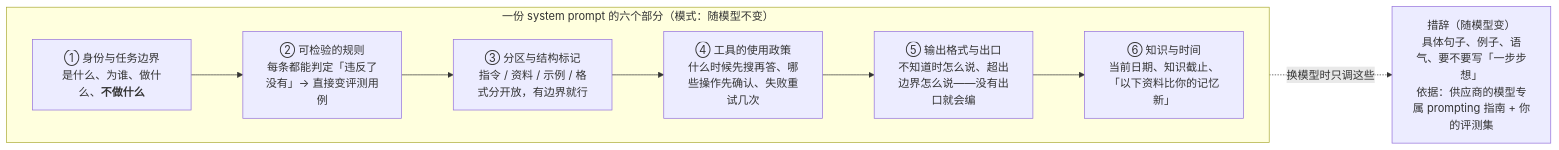
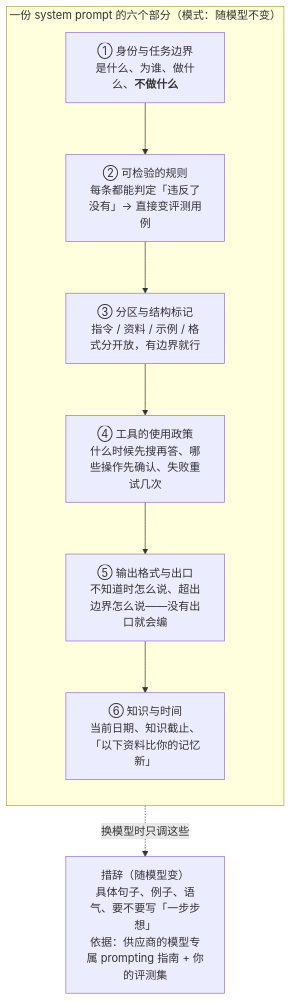
The second of 4 diagrams in slides/2026-10-11-context-engineering.md (arganzheng/arganzheng.github.com), drawn with Mermaid before and after one commit. The commit also changed other lines of this file, not shown here.

Commit message:
slides/2026-10-11-context-engineering: wide LR mermaids -> TB, tighten labels (smalltext <14px fixes)

````diff
--- a/slides/2026-10-11-context-engineering.md
+++ b/slides/2026-10-11-context-engineering.md
@@ -54,14 +54,14 @@
 ```mermaid
 %%{init: {"flowchart": {"wrappingWidth": 170}}}%%
-flowchart LR
+flowchart TB
     subgraph SP["一份 system prompt 的六个部分（模式：随模型不变）"]
-        direction LR
+        direction TB
         A["① 身份与任务边界<br/>是什么、为谁、做什么、<b>不做什么</b>"] --> B["② 可检验的规则<br/>每条都能判定「违反了没有」→ 直接变评测用例"]
         B --> C["③ 分区与结构标记<br/>指令 / 资料 / 示例 / 格式分开放，有边界就行"]
         C --> D["④ 工具的使用政策<br/>什么时候先搜再答、哪些操作先确认、失败重试几次"]
         D --> E["⑤ 输出格式与出口<br/>不知道时怎么说、超出边界怎么说——没有出口就会编"]
         E --> F["⑥ 知识与时间<br/>当前日期、知识截止、「以下资料比你的记忆新」"]
     end
     SP -. "换模型时只调这些" .-> W["措辞（随模型变）<br/>具体句子、例子、语气、要不要写「一步步想」<br/>依据：供应商的模型专属 prompting 指南 + 你的评测集"]
 
 ```
````
